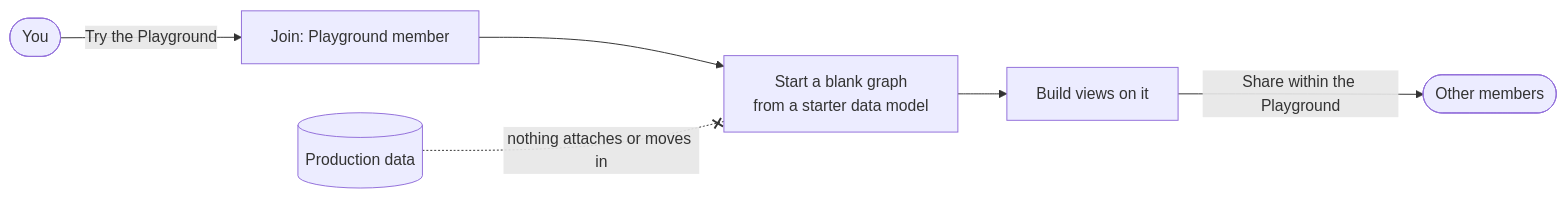
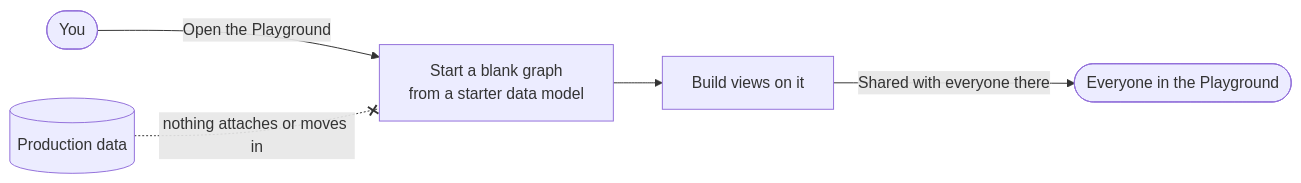
The diagram in docs/guide/PLAYGROUND.md (rkrumins/dataviz), drawn with Mermaid before and after one commit. The commit also changed other lines of this file and 23 other files, not shown here.

First line of the commit message:
Playground: a common area anyone opens, shared by default, in the sidebar

````diff
--- a/docs/guide/PLAYGROUND.md
+++ b/docs/guide/PLAYGROUND.md
@@ -14,8 +14,7 @@
 ```mermaid
 flowchart LR
-  You([You]) -->|Try the Playground| Join[Join: Playground member]
-  Join --> Graph[Start a blank graph<br/>from a starter data model]
+  You([You]) -->|Open the Playground| Graph[Start a blank graph<br/>from a starter data model]
   Graph --> View[Build views on it]
-  View -->|Share within the Playground| Others([Other members])
+  View -->|Shared with everyone there| Others([Everyone in the Playground])
   Prod[(Production data)] -. nothing attaches or moves in .-x Graph
 ```
````
